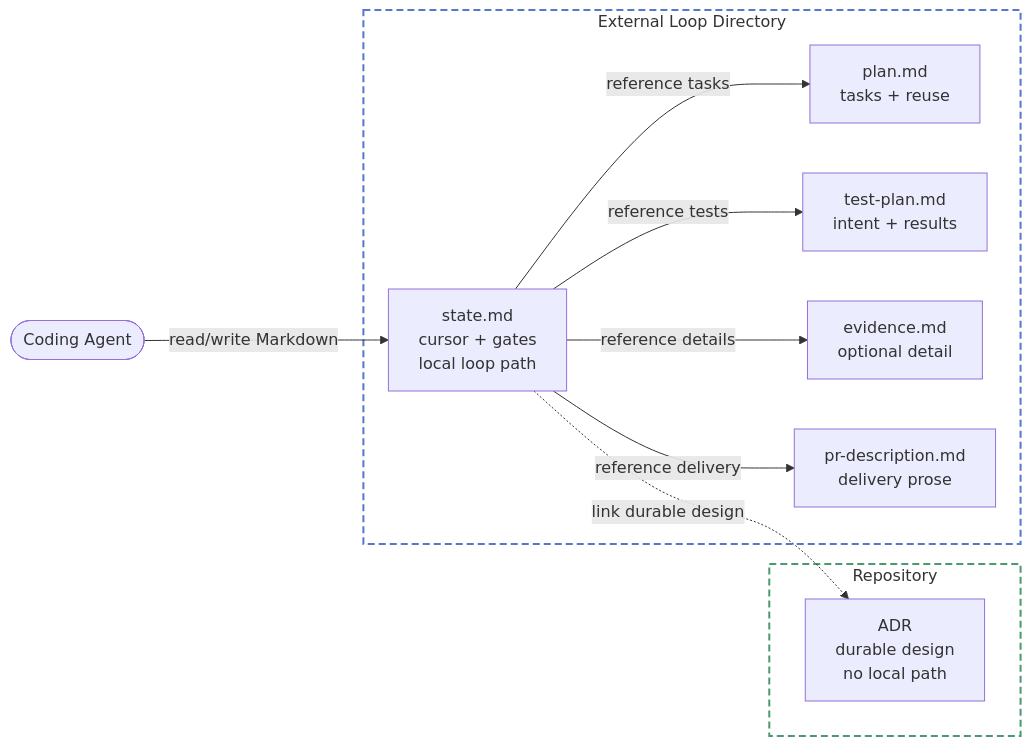
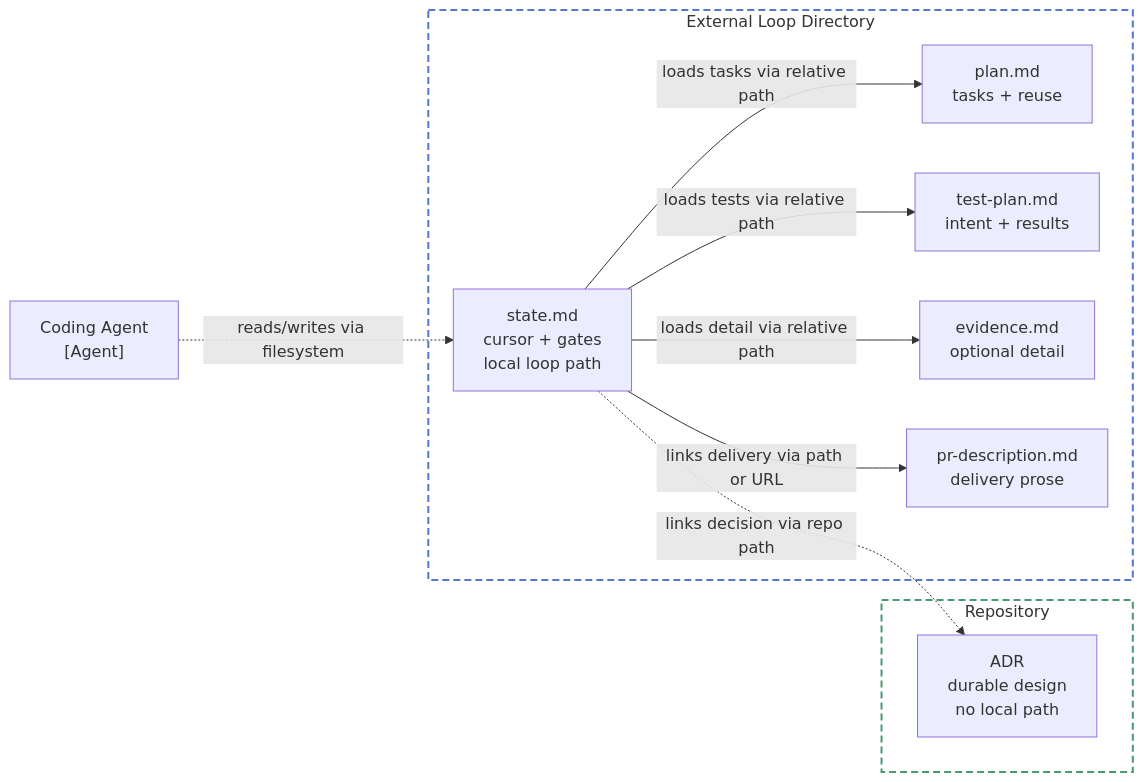
Before and after one commit to dej-h/ratchet: the diagram in docs/architecture-decisions/005-compact-loop-records.md, drawn with Mermaid. The commit also changed other lines of this file and 4 other files, not shown here.

````diff
--- a/docs/architecture-decisions/005-compact-loop-records.md
+++ b/docs/architecture-decisions/005-compact-loop-records.md
@@ -155,34 +157,34 @@
 ```mermaid
 graph LR
-    Agent(["Coding Agent"])
+    Agent["Coding Agent<br/>[Agent]"]
 
     subgraph loop["External Loop Directory"]
         State["state.md
         cursor + gates
         local loop path"]
         Plan["plan.md
         tasks + reuse"]
         Tests["test-plan.md
         intent + results"]
         Evidence["evidence.md
         optional detail"]
         Delivery["pr-description.md
         delivery prose"]
     end
 
     subgraph repo["Repository"]
         ADR["ADR
         durable design
         no local path"]
     end
 
-    Agent -->|"read/write Markdown"| State
-    State -->|"reference tasks"| Plan
-    State -->|"reference tests"| Tests
-    State -->|"reference details"| Evidence
-    State -->|"reference delivery"| Delivery
-    State -.->|"link durable design"| ADR
+    Agent -.->|"reads/writes via filesystem"| State
+    State -->|"loads tasks via relative path"| Plan
+    State -->|"loads tests via relative path"| Tests
+    State -->|"loads detail via relative path"| Evidence
+    State -->|"links delivery via path or URL"| Delivery
+    State -.->|"links decision via repo path"| ADR
 
     style loop fill:none,stroke:#5577cc,stroke-width:2px,stroke-dasharray:7 4
     style repo fill:none,stroke:#4a9970,stroke-width:2px,stroke-dasharray:7 4
 ```
````
